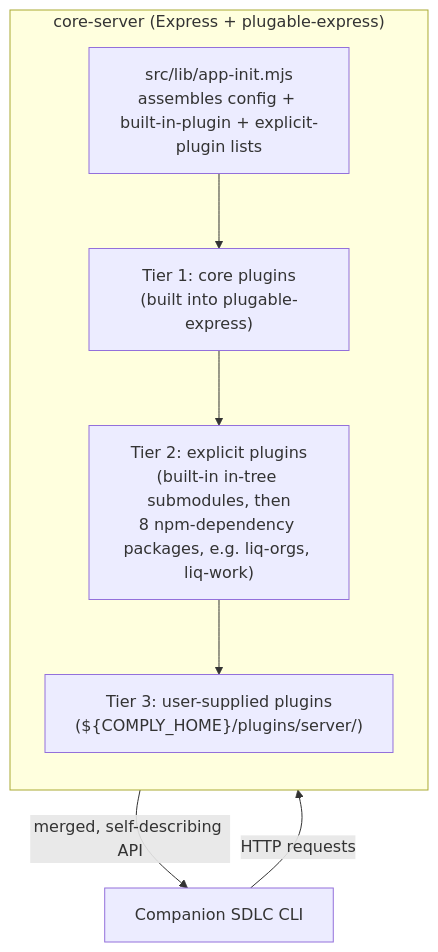
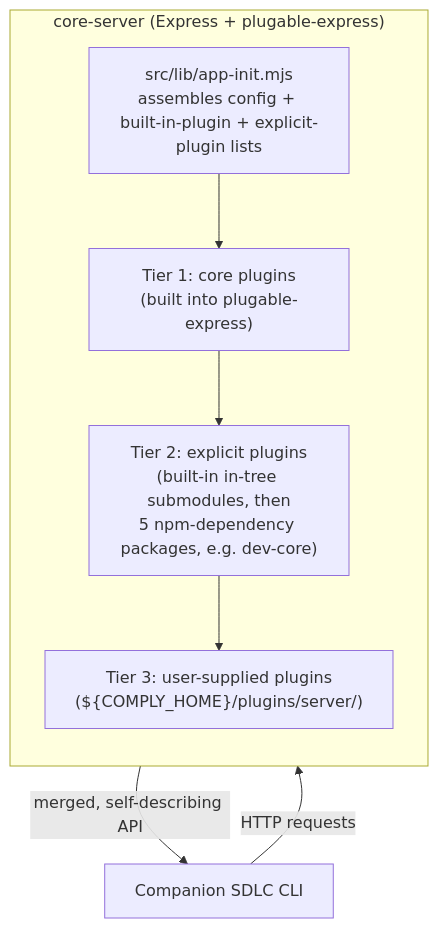
One commit to sdlcforge/core-server changed the diagram in docs/architecture.md. Above: the diagram before and after it, drawn with Mermaid. The commit also changed other lines of this file and 5 other files, not shown here.

Commit message:
wip(dev-core-migration): update architecture docs and working-notes tier for dev-core swap

````diff
--- a/docs/architecture.md
+++ b/docs/architecture.md
@@ -15,15 +15,15 @@
 ```mermaid
 flowchart TB
     CLI["Companion SDLC CLI"] -->|HTTP requests| Server
 
     subgraph Server["core-server (Express + plugable-express)"]
         direction TB
         Init["src/lib/app-init.mjs<br/>assembles config + built-in-plugin + explicit-plugin lists"]
         Tier1["Tier 1: core plugins<br/>(built into plugable-express)"]
-        Tier2["Tier 2: explicit plugins<br/>(built-in in-tree submodules, then<br/>8 npm-dependency packages, e.g. liq-orgs, liq-work)"]
+        Tier2["Tier 2: explicit plugins<br/>(built-in in-tree submodules, then<br/>5 npm-dependency packages, e.g. dev-core)"]
         Tier3["Tier 3: user-supplied plugins<br/>(${COMPLY_HOME}/plugins/server/)"]
         Init --> Tier1 --> Tier2 --> Tier3
     end
 
     Server -->|merged, self-describing API| CLI
 ```
````
